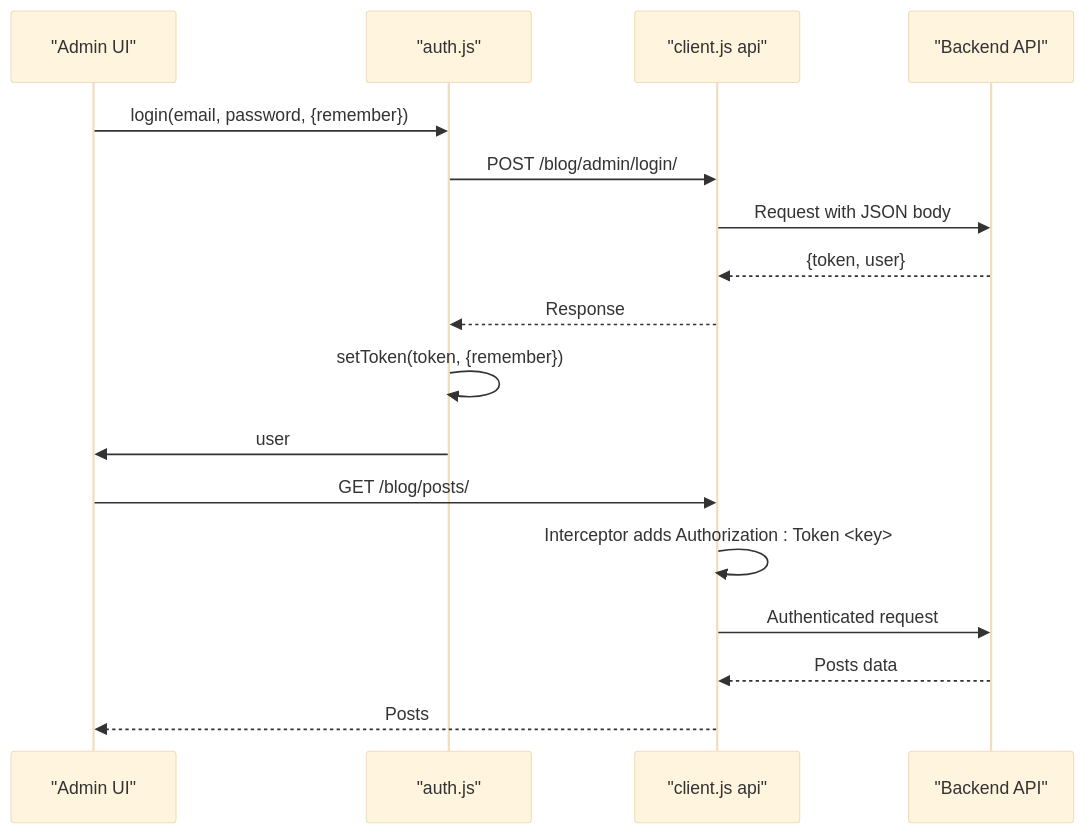
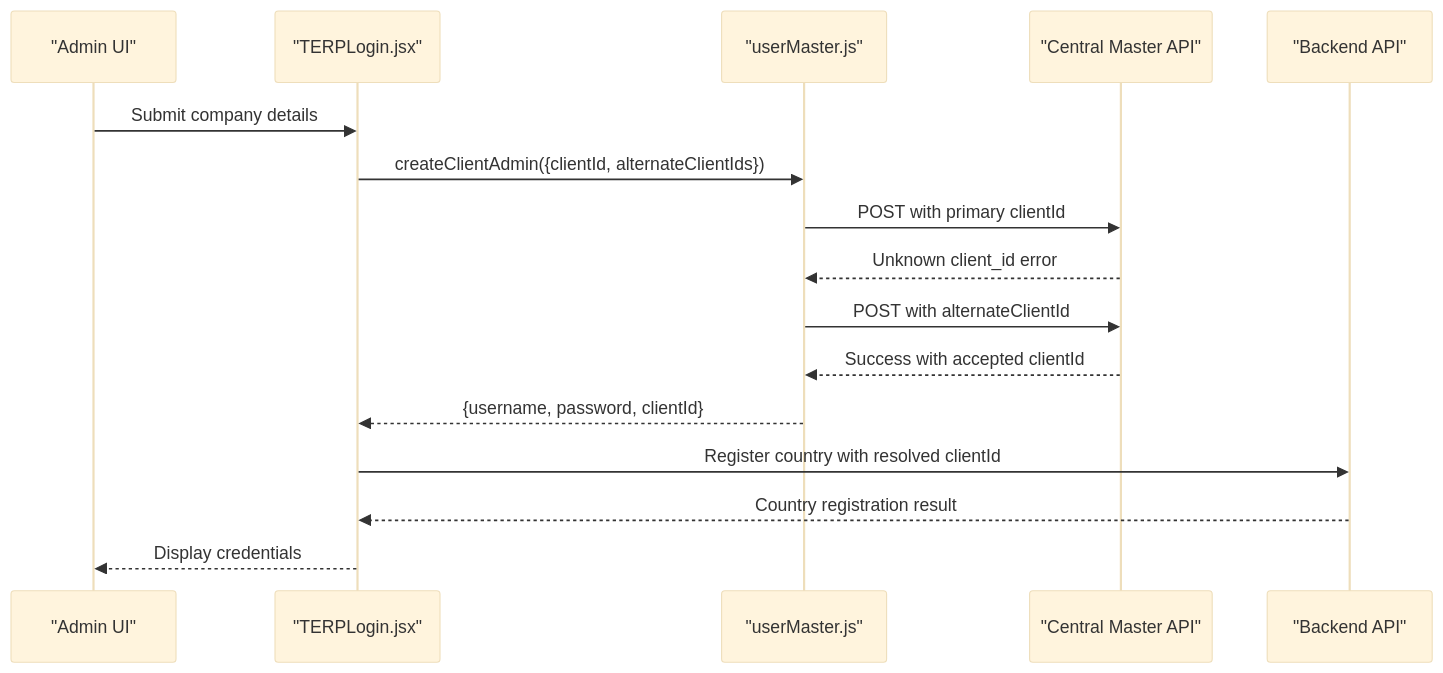
Before and after one commit to imcbsglobal/TRELLISCO_ERP_FRONTEND: the second of 9 diagrams in .qoder/repowiki/en/content/API Integration Layer/API Integration Layer.md, drawn with Mermaid (base theme). The commit also changed other lines of this file and 15 other files, not shown here.

````diff
--- a/.qoder/repowiki/en/content/API Integration Layer/API Integration Layer.md
+++ b/.qoder/repowiki/en/content/API Integration Layer/API Integration Layer.md
@@ -115,19 +146,18 @@
 ```mermaid
 sequenceDiagram
 participant UI as "Admin UI"
-participant Auth as "auth.js"
-participant Client as "client.js api"
+participant TERPLogin as "TERPLogin.jsx"
+participant UserMaster as "userMaster.js"
+participant CentralMaster as "Central Master API"
 participant Backend as "Backend API"
-UI->>Auth : login(email, password, {remember})
-Auth->>Client : POST /blog/admin/login/
-Client->>Backend : Request with JSON body
-Backend-->>Client : {token, user}
-Client-->>Auth : Response
-Auth->>Auth : setToken(token, {remember})
-Auth->>UI : user
-UI->>Client : GET /blog/posts/
-Client->>Client : Interceptor adds Authorization : Token <key>
-Client->>Backend : Authenticated request
-Backend-->>Client : Posts data
-Client-->>UI : Posts
+UI->>TERPLogin : Submit company details
+TERPLogin->>UserMaster : createClientAdmin({clientId, alternateClientIds})
+UserMaster->>CentralMaster : POST with primary clientId
+CentralMaster-->>UserMaster : Unknown client_id error
+UserMaster->>CentralMaster : POST with alternateClientId
+CentralMaster-->>UserMaster : Success with accepted clientId
+UserMaster-->>TERPLogin : {username, password, clientId}
+TERPLogin->>Backend : Register country with resolved clientId
+Backend-->>TERPLogin : Country registration result
+TERPLogin-->>UI : Display credentials
 ```
````
